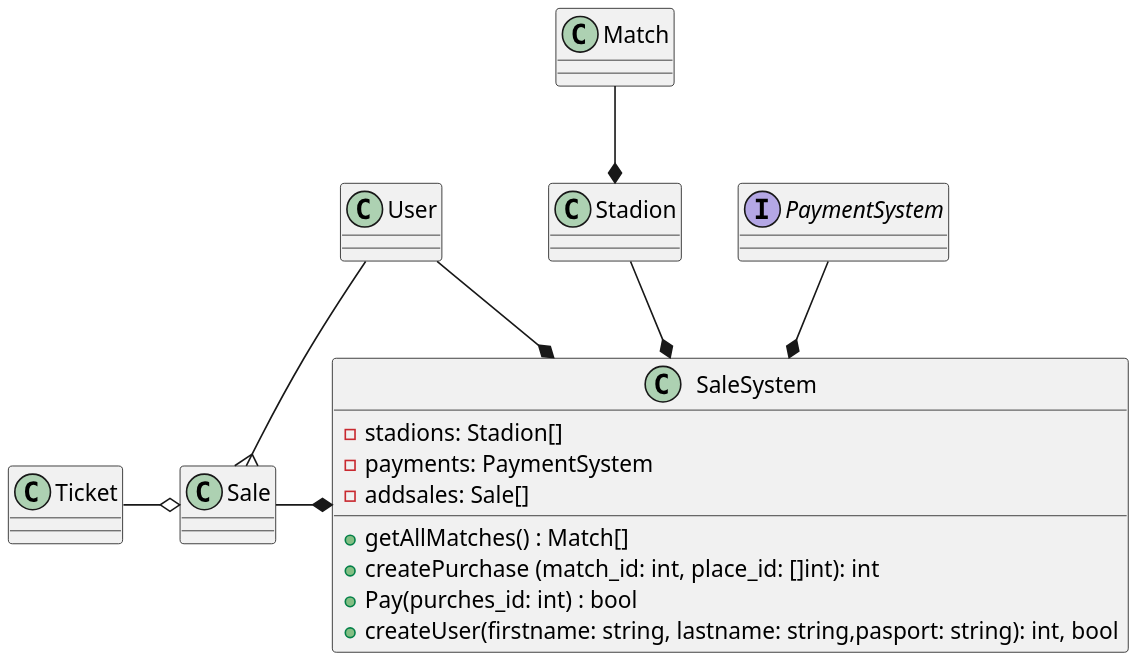
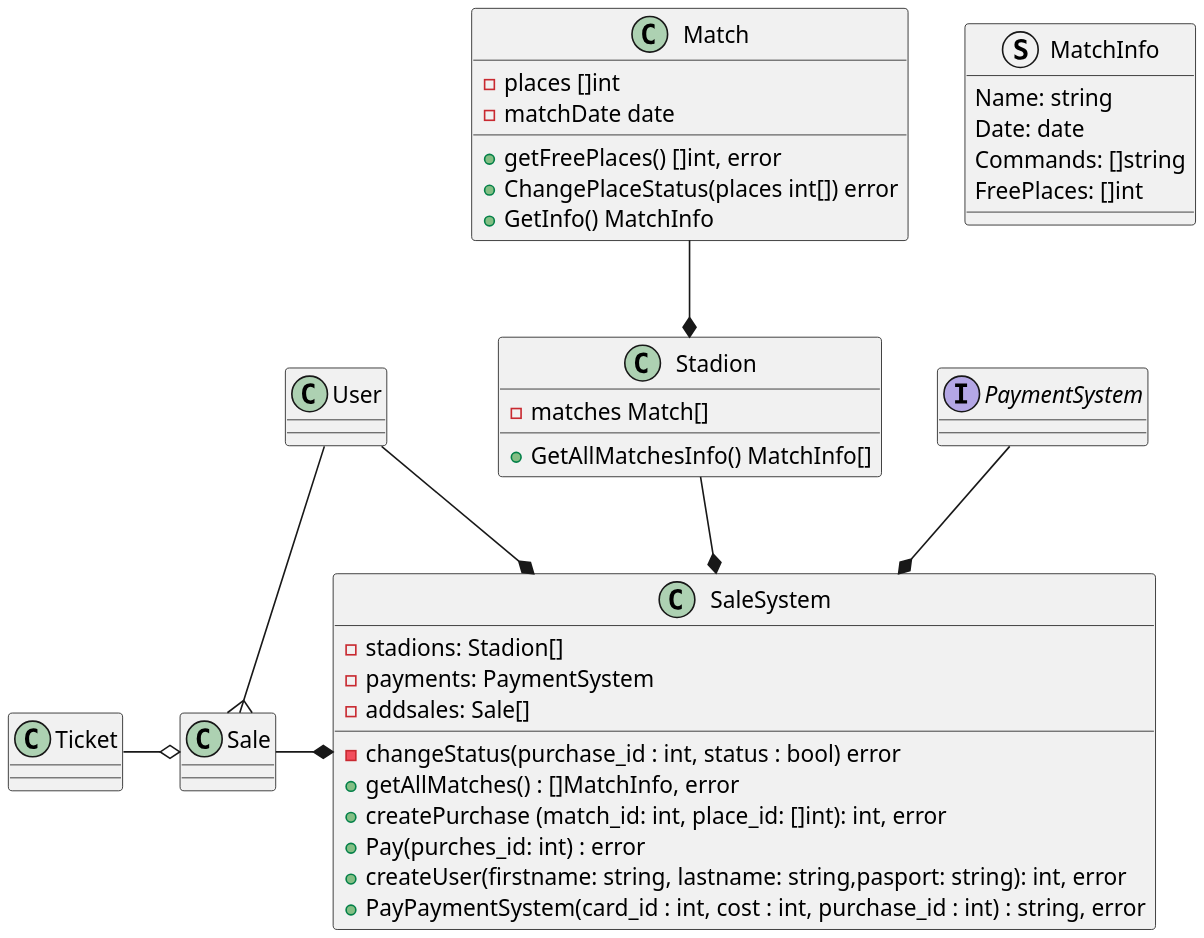
The diagram in class_diagramm.wsd (penamarth/bsbo-01-21_team4_var10_footbal), drawn with PlantUML before and after one commit. The commit also changed 2 other files, not shown here.

Commit message:
диаграмма последовательности

```diff
--- a/class_diagramm.wsd
+++ b/class_diagramm.wsd
@@ -1,31 +1,45 @@
 @startuml precident_sale
 scale 2
 class Stadion {
-
+    -matches Match[]
+    +GetAllMatchesInfo() MatchInfo[]
 }
-class Match
+class Match {
+    -places []int
+    -matchDate date
+    +getFreePlaces() []int, error
+    +ChangePlaceStatus(places int[]) error
+    +GetInfo() MatchInfo
+}
 class Ticket
 class Sale
 class SaleSystem {
     -stadions: Stadion[]
     -payments: PaymentSystem
     -addsales: Sale[]
-    +getAllMatches() : Match[]
-    +createPurchase (match_id: int, place_id: []int): int
-    +Pay(purches_id: int) : bool
-    +createUser(firstname: string, lastname: string,pasport: string): int, bool
-
+    -changeStatus(purchase_id : int, status : bool) error
+    +getAllMatches() : []MatchInfo, error
+    +createPurchase (match_id: int, place_id: []int): int, error
+    +Pay(purches_id: int) : error
+    +createUser(firstname: string, lastname: string,pasport: string): int, error
+    +PayPaymentSystem(card_id : int, cost : int, purchase_id : int) : string, error
 }
 class User
+struct MatchInfo {
+    Name: string
+    Date: date
+    Commands: []string
+    FreePlaces: []int
+}
 interface PaymentSystem
 
 Match --* Stadion
 Stadion --* SaleSystem
 
 Sale o-left- Ticket
 SaleSystem *-left- Sale
 User --* SaleSystem
 User -down-{ Sale
 PaymentSystem -down-* SaleSystem
 
 @enduml
```
